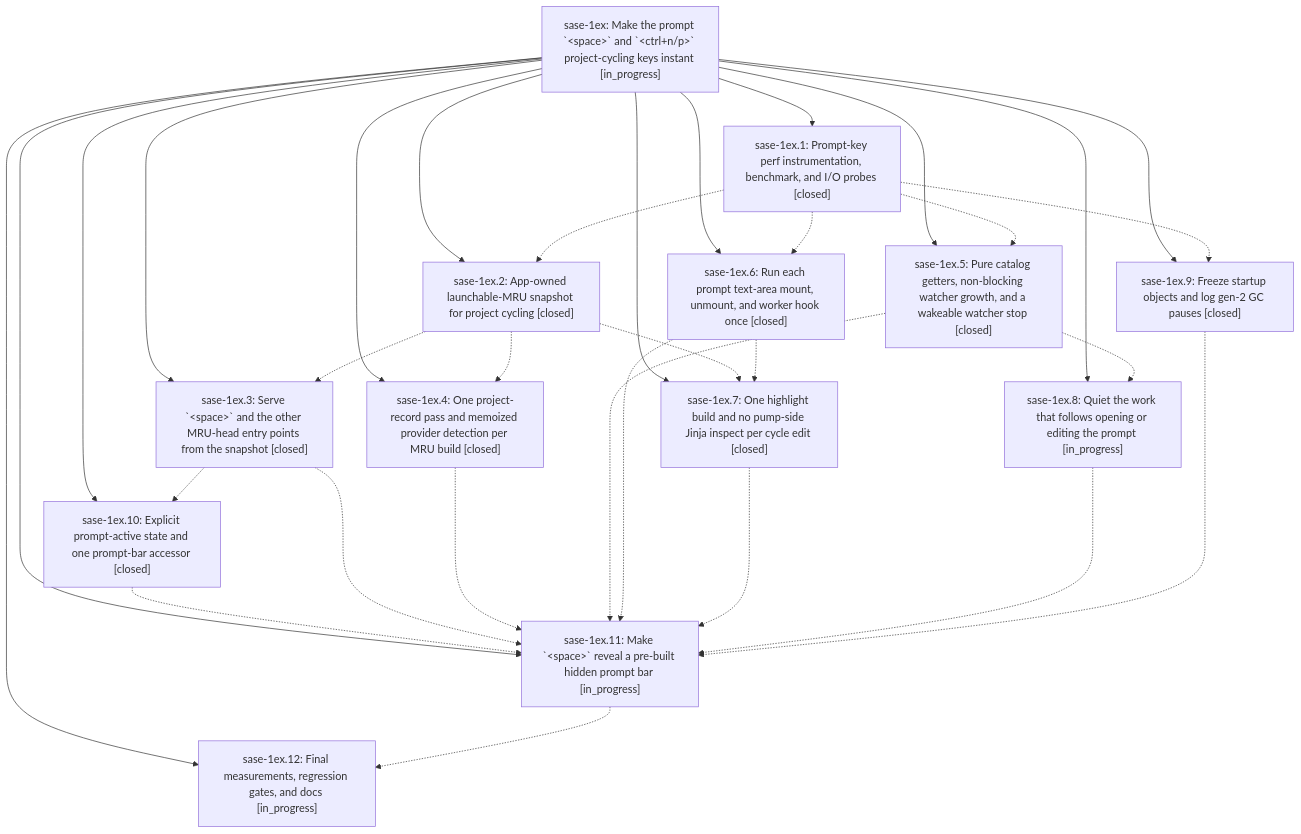
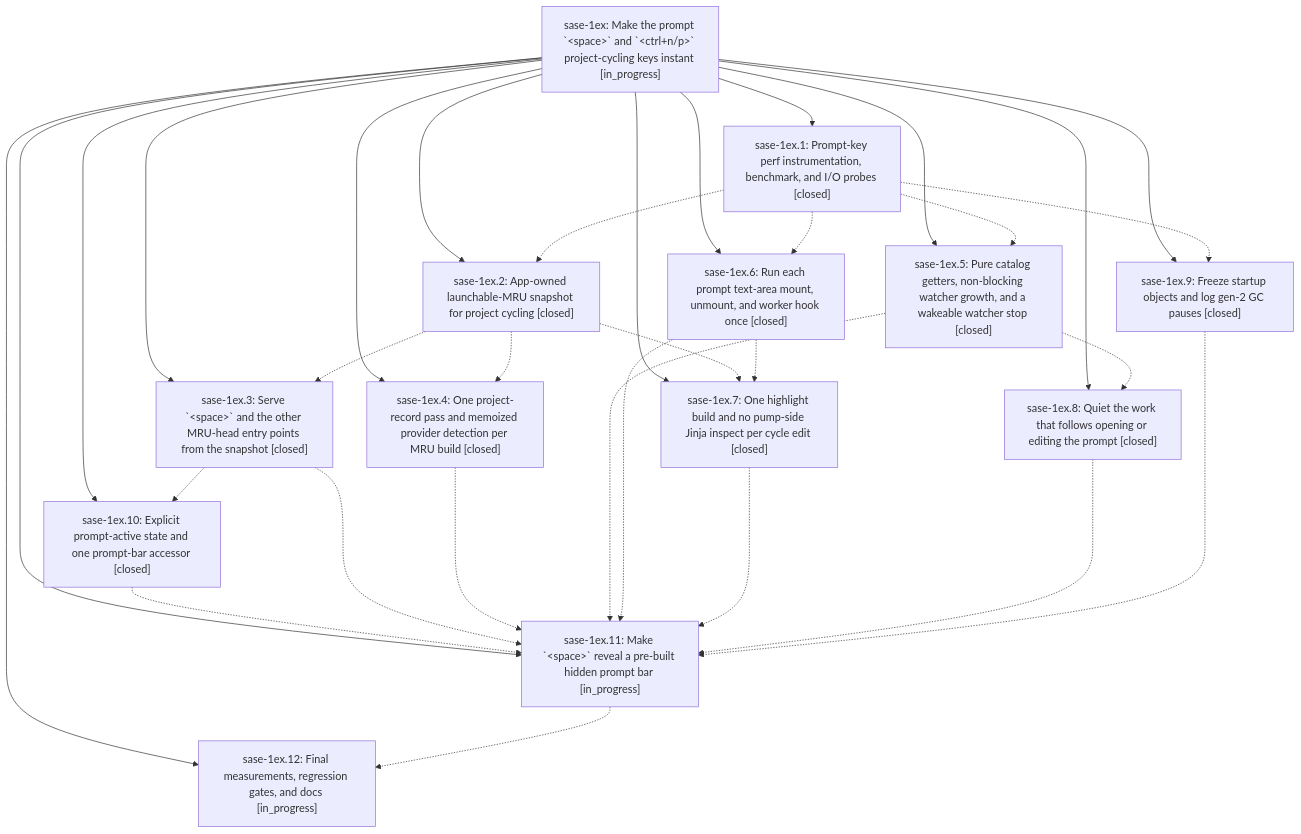
One commit to sase-org/sase--beads changed the diagram in pages/sase-1ex/README.md. Above: the diagram before and after it, drawn with Mermaid. The commit also changed other lines of this file and 3 other files, not shown here.

````diff
--- a/pages/sase-1ex/README.md
+++ b/pages/sase-1ex/README.md
@@ -41,47 +41,47 @@
 ```mermaid
 flowchart TD
     n0["sase-1ex: Make the prompt `&lt;space&gt;` and `&lt;ctrl+n/p&gt;` project-cycling keys instant [in_progress]"]
     n1["sase-1ex.1: Prompt-key perf instrumentation, benchmark, and I/O probes [closed]"]
     n2["sase-1ex.10: Explicit prompt-active state and one prompt-bar accessor [closed]"]
     n3["sase-1ex.11: Make `&lt;space&gt;` reveal a pre-built hidden prompt bar [in_progress]"]
     n4["sase-1ex.12: Final measurements, regression gates, and docs [in_progress]"]
     n5["sase-1ex.2: App-owned launchable-MRU snapshot for project cycling [closed]"]
     n6["sase-1ex.3: Serve `&lt;space&gt;` and the other MRU-head entry points from the snapshot [closed]"]
     n7["sase-1ex.4: One project-record pass and memoized provider detection per MRU build [closed]"]
     n8["sase-1ex.5: Pure catalog getters, non-blocking watcher growth, and a wakeable watcher stop [closed]"]
     n9["sase-1ex.6: Run each prompt text-area mount, unmount, and worker hook once [closed]"]
     n10["sase-1ex.7: One highlight build and no pump-side Jinja inspect per cycle edit [closed]"]
-    n11["sase-1ex.8: Quiet the work that follows opening or editing the prompt [in_progress]"]
+    n11["sase-1ex.8: Quiet the work that follows opening or editing the prompt [closed]"]
     n12["sase-1ex.9: Freeze startup objects and log gen-2 GC pauses [closed]"]
     n0 --> n1
     n0 --> n2
     n0 --> n3
     n0 --> n4
     n0 --> n5
     n0 --> n6
     n0 --> n7
     n0 --> n8
     n0 --> n9
     n0 --> n10
     n0 --> n11
     n0 --> n12
     n1 -.-> n5
     n1 -.-> n8
     n1 -.-> n9
     n1 -.-> n12
     n2 -.-> n3
     n3 -.-> n4
     n5 -.-> n6
     n5 -.-> n7
     n5 -.-> n10
     n6 -.-> n2
     n6 -.-> n3
     n7 -.-> n3
     n8 -.-> n3
     n8 -.-> n11
     n9 -.-> n3
     n9 -.-> n10
     n10 -.-> n3
     n11 -.-> n3
     n12 -.-> n3
 ```
````
